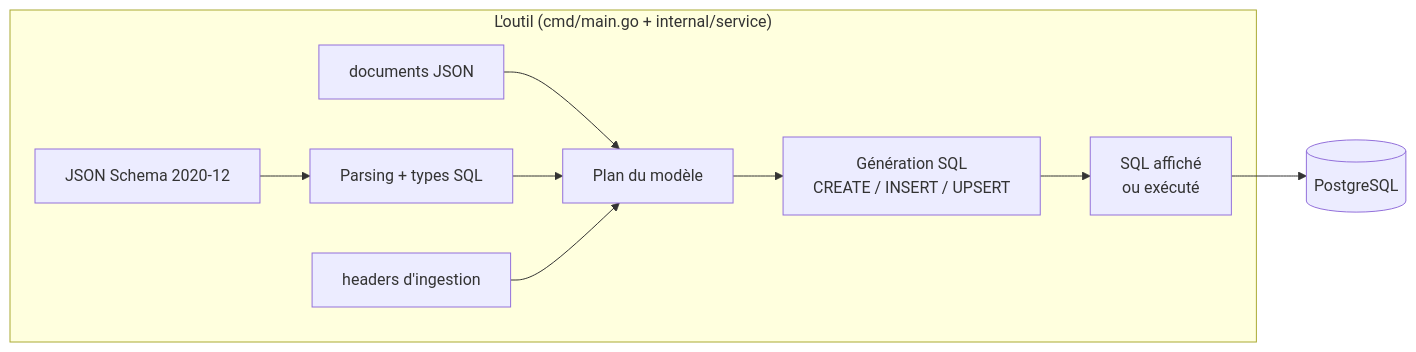
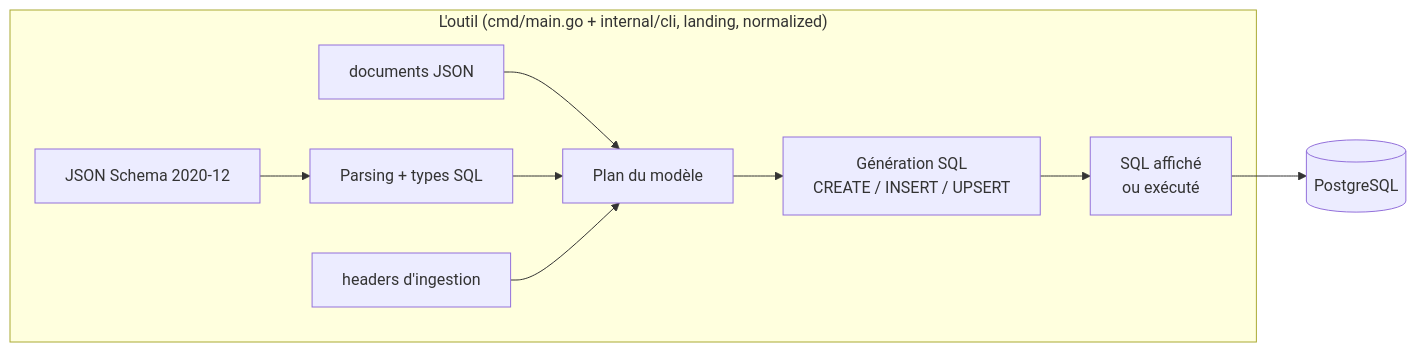
The diagram in README.md (laurentpoirierfr/schema-to-table), drawn with Mermaid before and after one commit. The commit also changed other lines of this file and 32 other files, not shown here.

First line of the commit message:
Refactor package layout: split internal/service into schema/landing/normalized

````diff
--- a/README.md
+++ b/README.md
@@ -141,12 +141,12 @@
 ```mermaid
 flowchart LR
-    subgraph Tool["L'outil (cmd/main.go + internal/service)"]
+    subgraph Tool["L'outil (cmd/main.go + internal/cli, landing, normalized)"]
         schema[JSON Schema 2020-12] --> parse[Parsing + types SQL]
         data[documents JSON] --> plan[Plan du modèle]
         parse --> plan
         headers[headers d'ingestion] --> plan
         plan --> render[Génération SQL<br/>CREATE / INSERT / UPSERT]
         render --> out[SQL affiché<br/>ou exécuté]
     end
     out --> pg[(PostgreSQL)]
 ```
````
